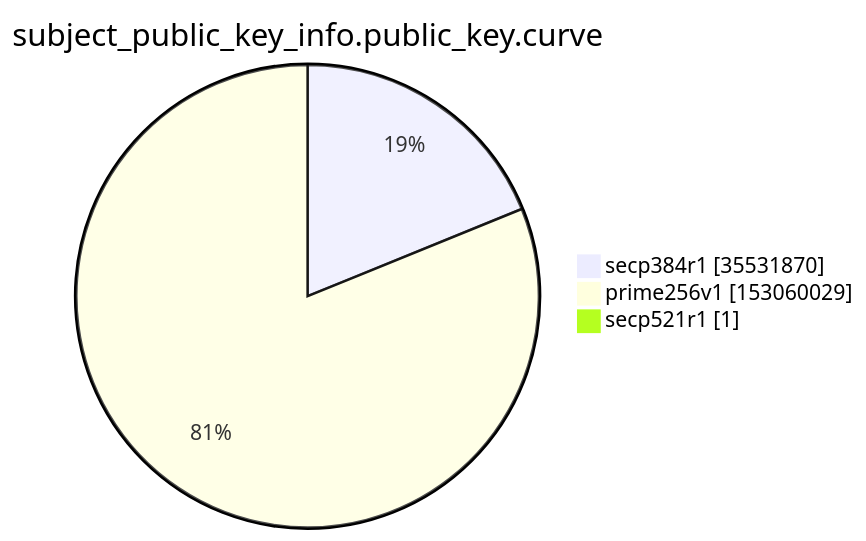
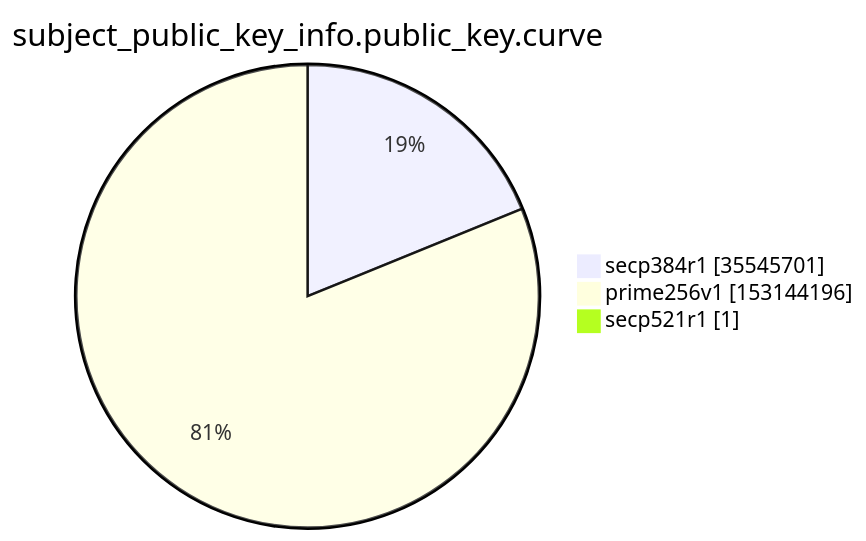
One commit to christiankrug/ctmonitor_visualization changed the ninth of 15 diagrams in argon2022/README.md. Above: the diagram before and after it, drawn with Mermaid. The commit also changed other lines of this file, not shown here.

````diff
--- a/argon2022/README.md
+++ b/argon2022/README.md
@@ -2765,7 +2765,7 @@
 ```mermaid
 pie showData
 title subject_public_key_info.public_key.curve
-"secp384r1" :35531870
-"prime256v1" :153060029
+"secp384r1" :35545701
+"prime256v1" :153144196
 "secp521r1" :1
 ```
````
